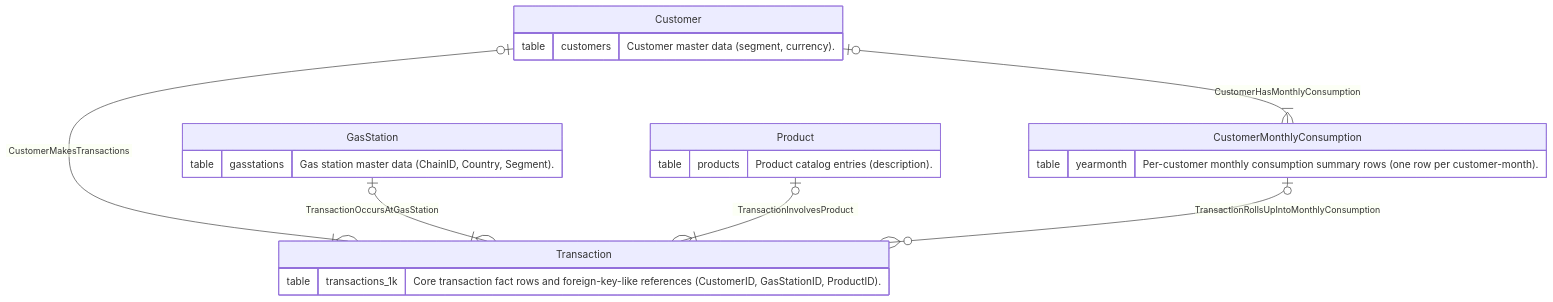
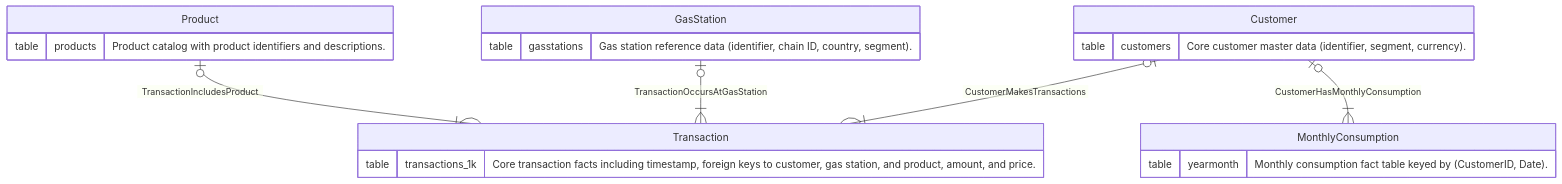
Before and after one commit to megagonlabs/tabulaflow: the diagram in readable/preprocessors/er_diagram_synthesizer/bird-sql+debit_card_specializing.md, drawn with Mermaid. The commit also changed 103 other files, not shown here.

````diff
--- a/readable/preprocessors/er_diagram_synthesizer/bird-sql+debit_card_specializing.md
+++ b/readable/preprocessors/er_diagram_synthesizer/bird-sql+debit_card_specializing.md
@@ -1,33 +1,30 @@
 ```mermaid
 erDiagram
     Transaction {
-        table transactions_1k "Core transaction fact rows and foreign-key-like references (CustomerID, GasStationID, ProductID)."
+        table transactions_1k "Core transaction facts including timestamp, foreign keys to customer, gas station, and product, amount, and price."
     }
     Customer {
-        table customers "Customer master data (segment, currency)."
+        table customers "Core customer master data (identifier, segment, currency)."
     }
     GasStation {
-        table gasstations "Gas station master data (ChainID, Country, Segment)."
+        table gasstations "Gas station reference data (identifier, chain ID, country, segment)."
     }
     Product {
-        table products "Product catalog entries (description)."
+        table products "Product catalog with product identifiers and descriptions."
     }
-    CustomerMonthlyConsumption {
-        table yearmonth "Per-customer monthly consumption summary rows (one row per customer-month)."
+    MonthlyConsumption {
+        table yearmonth "Monthly consumption fact table keyed by (CustomerID, Date)."
     }
 
     %% FROM transactions_1k t JOIN customers c ON c.CustomerID = t.CustomerID
     Customer |o--|{ Transaction : "CustomerMakesTransactions"
 
     %% FROM transactions_1k t JOIN gasstations g ON g.GasStationID = t.GasStationID
     GasStation |o--|{ Transaction : "TransactionOccursAtGasStation"
 
     %% FROM transactions_1k t JOIN products p ON p.ProductID = t.ProductID
-    Product |o--|{ Transaction : "TransactionInvolvesProduct"
+    Product |o--|{ Transaction : "TransactionIncludesProduct"
 
-    %% FROM customers c JOIN yearmonth ym ON ym.CustomerID = c.CustomerID
-    Customer |o--|{ CustomerMonthlyConsumption : "CustomerHasMonthlyConsumption"
-
-    %% FROM transactions_1k t JOIN yearmonth ym   ON ym.CustomerID = t.CustomerID  AND ym.Date = strftime('%Y%m', t.Date)
-    CustomerMonthlyConsumption |o--o{ Transaction : "TransactionRollsUpIntoMonthlyConsumption"
+    %% FROM yearmonth ym JOIN customers c ON c.CustomerID = ym.CustomerID
+    Customer |o--|{ MonthlyConsumption : "CustomerHasMonthlyConsumption"
 ```
````
